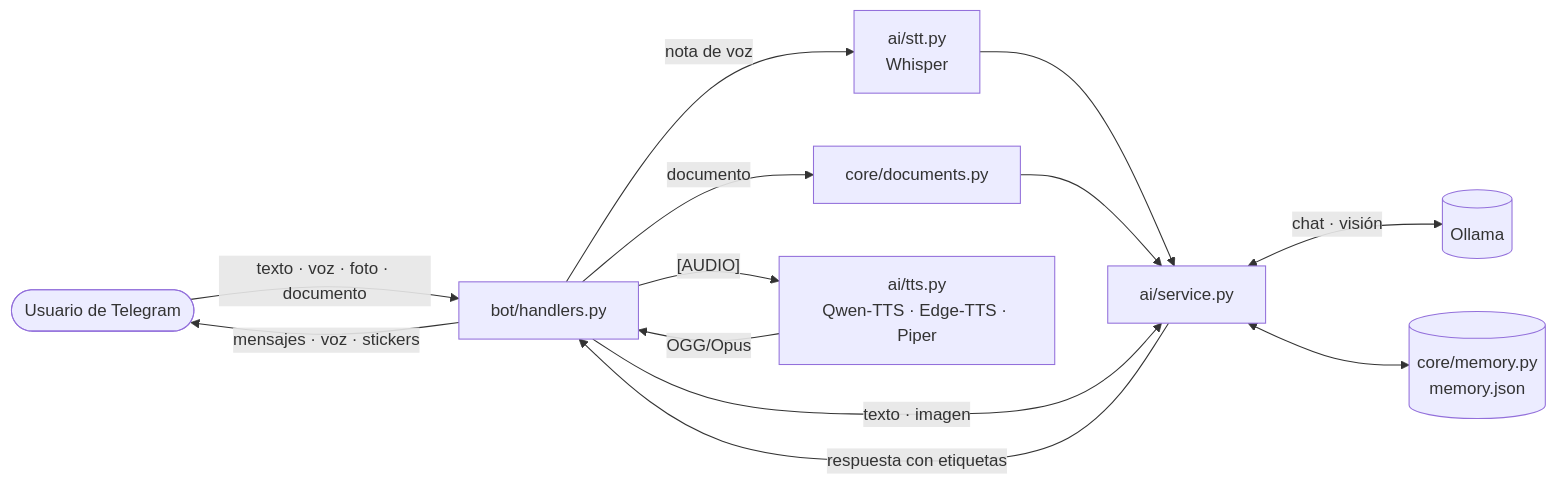
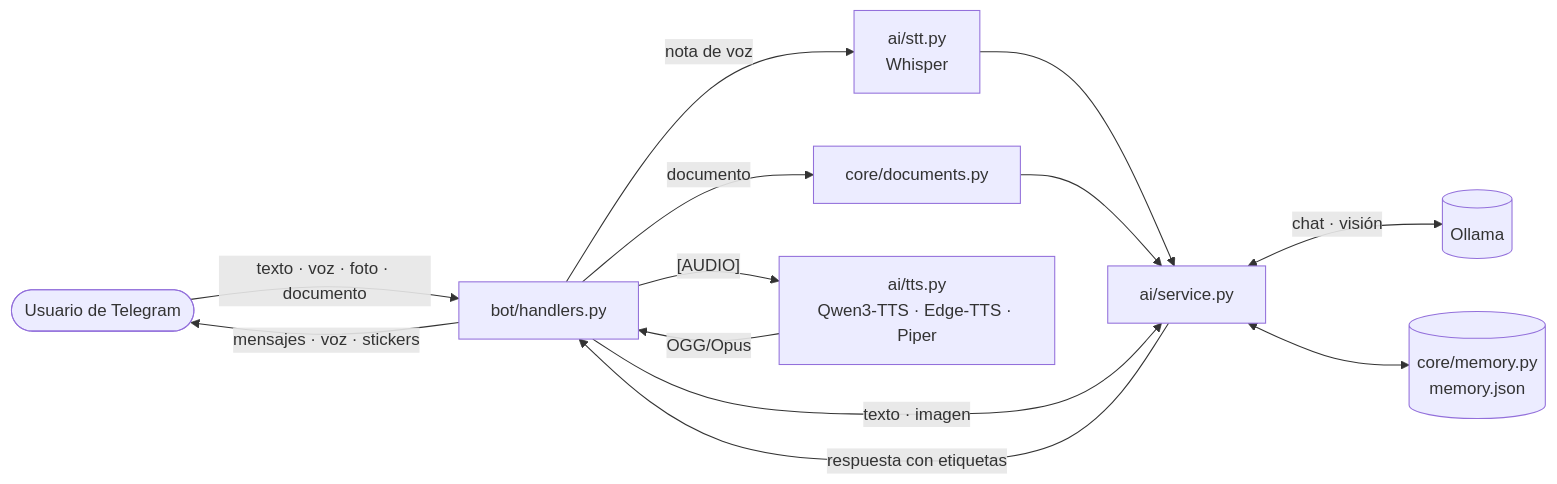
The diagram in README.md (Nekimu/PROJECT-MEKA), drawn with Mermaid before and after one commit. The commit also changed other lines of this file and 3 other files, not shown here.

````diff
--- a/README.md
+++ b/README.md
@@ -169,15 +195,15 @@
 ```mermaid
 flowchart LR
     U([Usuario de Telegram]) -->|texto · voz · foto · documento| H[bot/handlers.py]
     H -->|nota de voz| STT[ai/stt.py<br/>Whisper]
     H -->|documento| DOC[core/documents.py]
     STT --> AI
     DOC --> AI
     H -->|texto · imagen| AI[ai/service.py]
     AI <-->|chat · visión| OL[(Ollama)]
     AI <--> MEM[(core/memory.py<br/>memory.json)]
     AI -->|respuesta con etiquetas| H
-    H -->|"[AUDIO]"| TTS[ai/tts.py<br/>Qwen-TTS · Edge-TTS · Piper]
+    H -->|"[AUDIO]"| TTS[ai/tts.py<br/>Qwen3-TTS · Edge-TTS · Piper]
     TTS -->|OGG/Opus| H
     H -->|mensajes · voz · stickers| U
 ```
````
